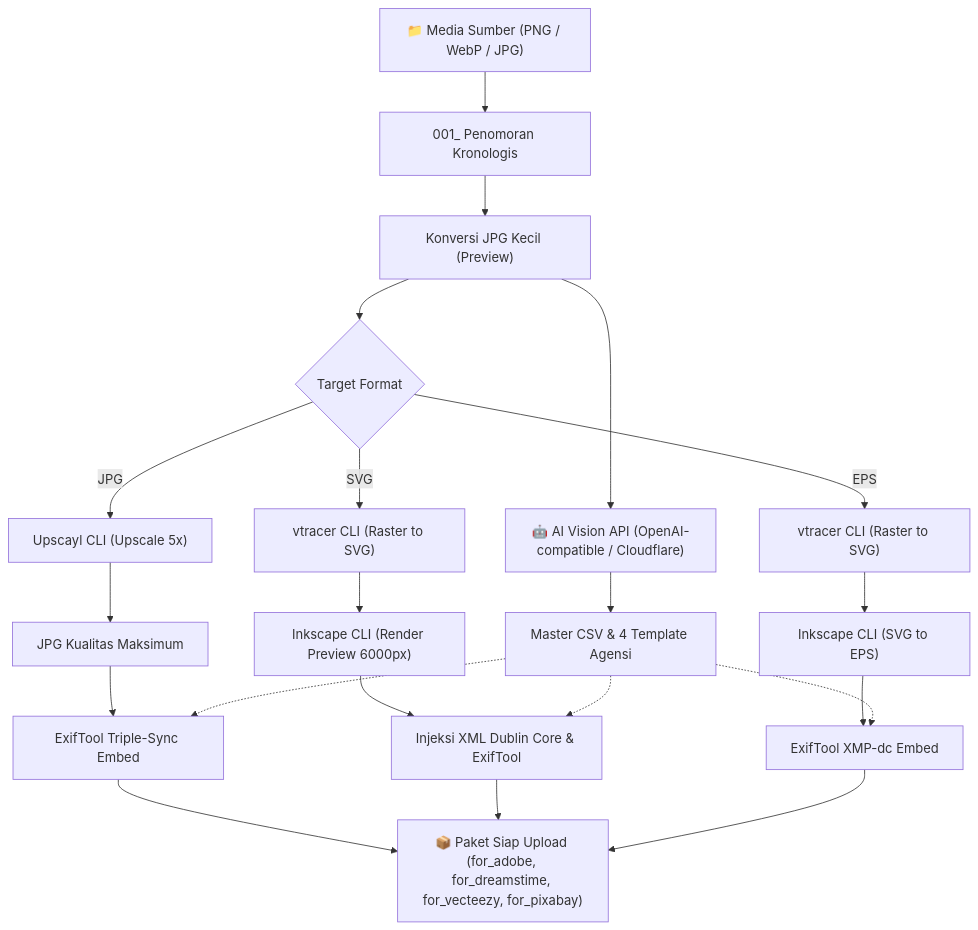
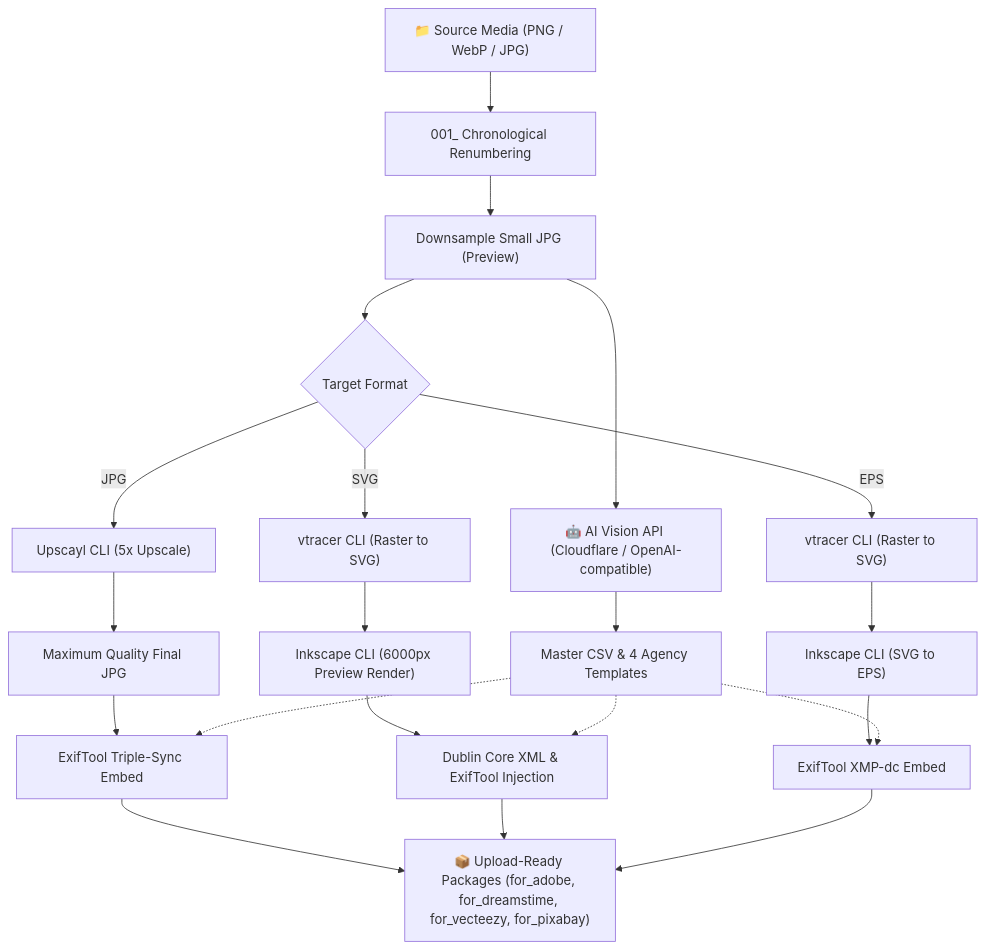
One commit to alamaby/microstock-helper changed the diagram in README.md. Above: the diagram before and after it, drawn with Mermaid. The commit also changed other lines of this file and 8 other files, not shown here.

Commit message:
feat(api): add cloudflare multi-account rotation and translate readme to english

````diff
--- a/README.md
+++ b/README.md
@@ -41,29 +41,29 @@
 ```mermaid
 flowchart TD
-    RAW["📁 Media Sumber (PNG / WebP / JPG)"] --> RENUM["001_ Penomoran Kronologis"]
-    RENUM --> SMALL["Konversi JPG Kecil (Preview)"]
-    SMALL --> VISION["🤖 AI Vision API (OpenAI-compatible / Cloudflare)"]
-    VISION --> CSV["Master CSV & 4 Template Agensi"]
+    RAW["📁 Source Media (PNG / WebP / JPG)"] --> RENUM["001_ Chronological Renumbering"]
+    RENUM --> SMALL["Downsample Small JPG (Preview)"]
+    SMALL --> VISION["🤖 AI Vision API (Cloudflare / OpenAI-compatible)"]
+    VISION --> CSV["Master CSV & 4 Agency Templates"]
     
     SMALL --> BRANCH{"Target Format"}
     
-    BRANCH -- "JPG" --> UPSCALE["Upscayl CLI (Upscale 5x)"]
-    UPSCALE --> FINAL_JPG["JPG Kualitas Maksimum"]
+    BRANCH -- "JPG" --> UPSCALE["Upscayl CLI (5x Upscale)"]
+    UPSCALE --> FINAL_JPG["Maximum Quality Final JPG"]
     FINAL_JPG --> EMBED_JPG["ExifTool Triple-Sync Embed"]
     
     BRANCH -- "SVG" --> TRACE["vtracer CLI (Raster to SVG)"]
-    TRACE --> PREVIEW["Inkscape CLI (Render Preview 6000px)"]
-    PREVIEW --> EMBED_SVG["Injeksi XML Dublin Core & ExifTool"]
+    TRACE --> PREVIEW["Inkscape CLI (6000px Preview Render)"]
+    PREVIEW --> EMBED_SVG["Dublin Core XML & ExifTool Injection"]
     
     BRANCH -- "EPS" --> TRACE_EPS["vtracer CLI (Raster to SVG)"]
     TRACE_EPS --> CONV_EPS["Inkscape CLI (SVG to EPS)"]
     CONV_EPS --> EMBED_EPS["ExifTool XMP-dc Embed"]
     
     CSV -.-> EMBED_JPG
     CSV -.-> EMBED_SVG
     CSV -.-> EMBED_EPS
     
-    EMBED_JPG --> PKG["📦 Paket Siap Upload (for_adobe, for_dreamstime, for_vecteezy, for_pixabay)"]
+    EMBED_JPG --> PKG["📦 Upload-Ready Packages (for_adobe, for_dreamstime, for_vecteezy, for_pixabay)"]
     EMBED_SVG --> PKG
     EMBED_EPS --> PKG
 ```
````
